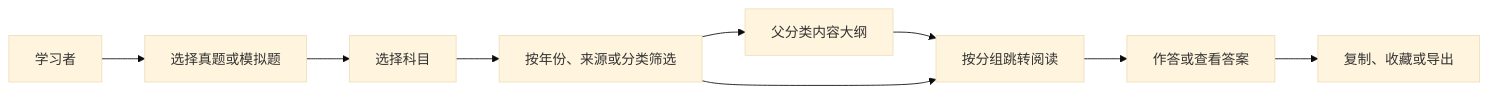
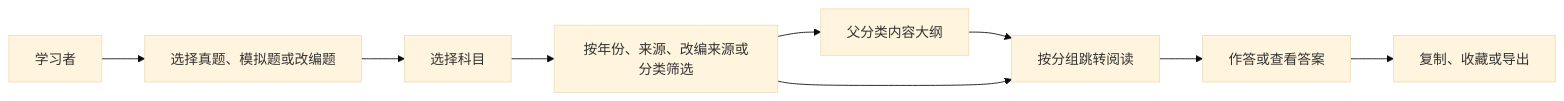
Before and after one commit to ddll8023/408web: the second of 6 diagrams in doc/模块说明文档.md, drawn with Mermaid (base theme). The commit also changed other lines of this file and 44 other files, not shown here.

````diff
--- a/doc/模块说明文档.md
+++ b/doc/模块说明文档.md
@@ -369,11 +392,11 @@
 ```mermaid
 flowchart LR
-    U[学习者] --> T[选择真题或模拟题]
+    U[学习者] --> T[选择真题、模拟题或改编题]
     T --> S[选择科目]
-    S --> F[按年份、来源或分类筛选]
+    S --> F[按年份、来源、改编来源或分类筛选]
     F --> N[父分类内容大纲]
     N --> R[按分组跳转阅读]
     F --> R
     R --> A[作答或查看答案]
     A --> O[复制、收藏或导出]
 ```
````
